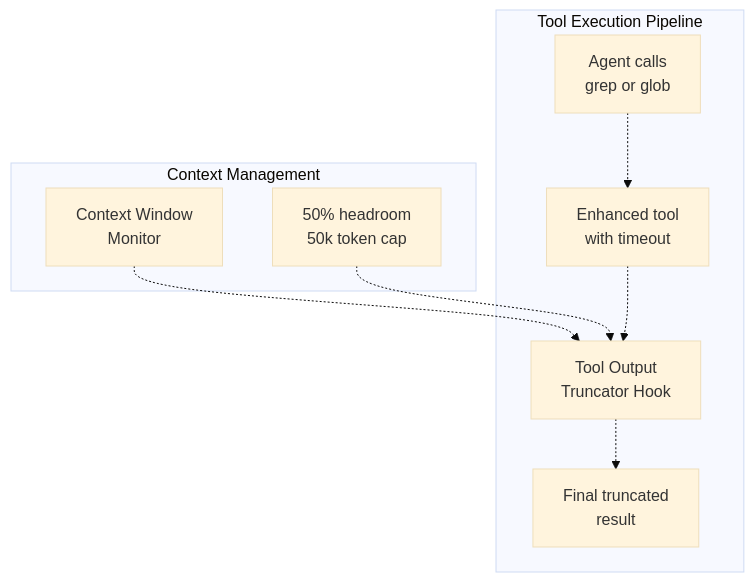
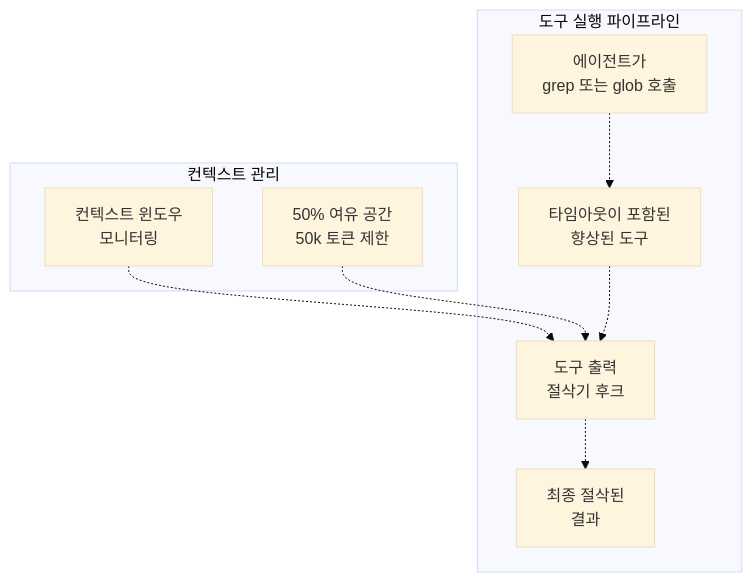
One commit to felipetruman/oh-my-opencode-docs changed the third of 7 diagrams in docs/tools/lsp-tools.md. Above: the diagram before and after it, drawn with Mermaid (base theme). The commit also changed other lines of this file and 76 other files, not shown here.

````diff
--- a/docs/tools/lsp-tools.md
+++ b/docs/tools/lsp-tools.md
@@ -173,28 +173,28 @@
 ```mermaid
 flowchart TD
 
-ToolCall["Agent calls<br>grep or glob"]
-EnhTool["Enhanced tool<br>with timeout"]
-TruncHook["Tool Output<br>Truncator Hook"]
-FinalResult["Final truncated<br>result"]
-Monitor["Context Window<br>Monitor"]
-Budget["50% headroom<br>50k token cap"]
+ToolCall["에이전트가<br>grep 또는 glob 호출"]
+EnhTool["타임아웃이 포함된<br>향상된 도구"]
+TruncHook["도구 출력<br>절삭기 후크"]
+FinalResult["최종 절삭된<br>결과"]
+Monitor["컨텍스트 윈도우<br>모니터링"]
+Budget["50% 여유 공간<br>50k 토큰 제한"]
 
 Monitor -.-> TruncHook
 Budget -.-> TruncHook
 
-subgraph subGraph1 ["Context Management"]
+subgraph subGraph1 ["컨텍스트 관리"]
     Monitor
     Budget
 end
 
-subgraph subGraph0 ["Tool Execution Pipeline"]
+subgraph subGraph0 ["도구 실행 파이프라인"]
     ToolCall
     EnhTool
     TruncHook
     FinalResult
     ToolCall -.-> EnhTool
     EnhTool -.-> TruncHook
     TruncHook -.-> FinalResult
 end
 ```
````
